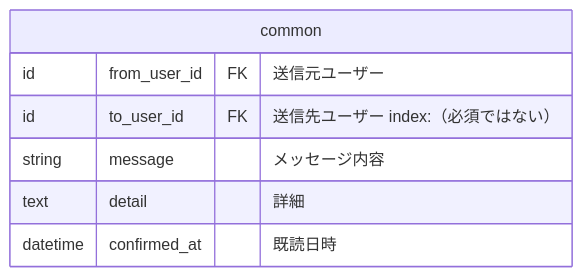
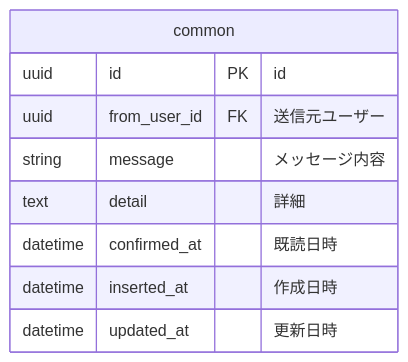
One commit to bright-org/bright changed the first of 4 diagrams in docs/conceptual_schemas/notifications.md. Above: the diagram before and after it, drawn with Mermaid. The commit also changed other lines of this file, not shown here.

````diff
--- a/docs/conceptual_schemas/notifications.md
+++ b/docs/conceptual_schemas/notifications.md
@@ -10,10 +32,12 @@
 ```mermaid
 erDiagram
   common {
-    id from_user_id	FK "送信元ユーザー"
-    id to_user_id	FK "送信先ユーザー index:（必須ではない）"
+    uuid id PK "id"
+    uuid from_user_id	FK "送信元ユーザー"
     string message	"メッセージ内容"
     text detail	"詳細"
     datetime confirmed_at "既読日時"
+    datetime inserted_at "作成日時"
+    datetime updated_at "更新日時"
   }
 ```
````
